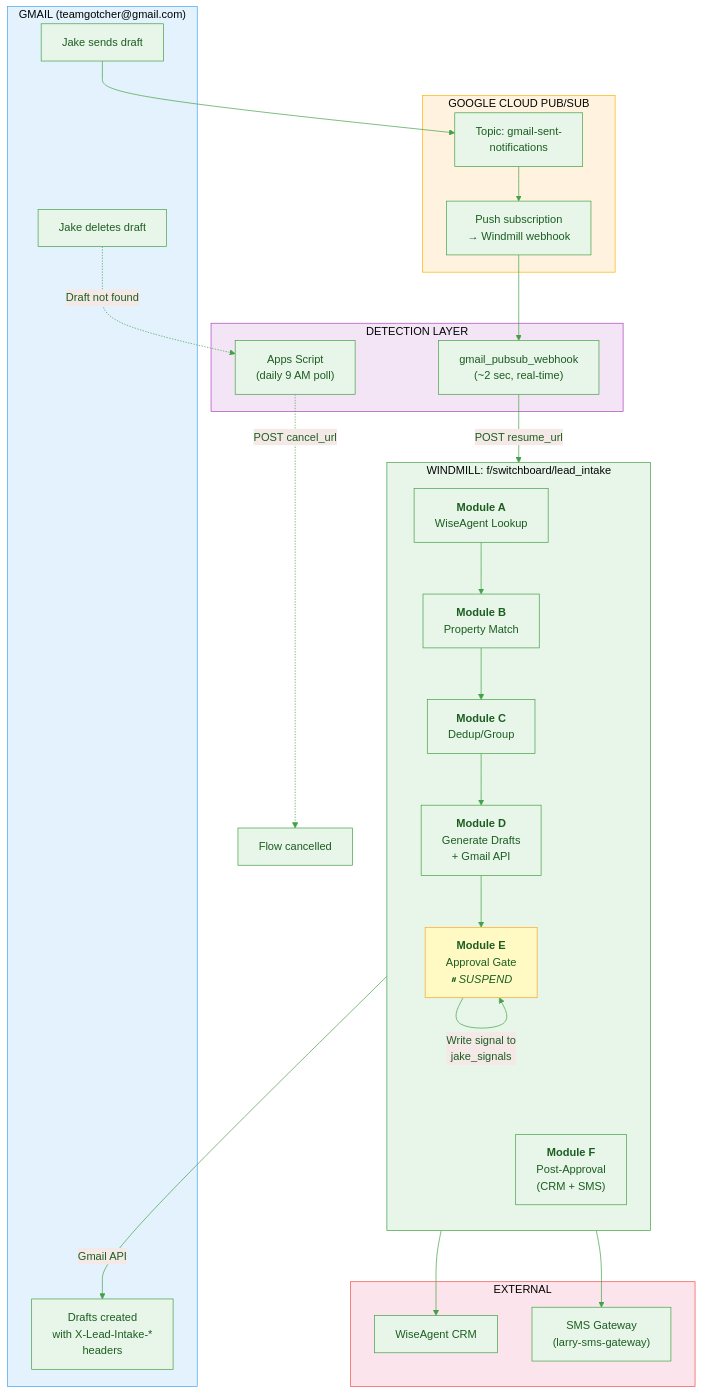
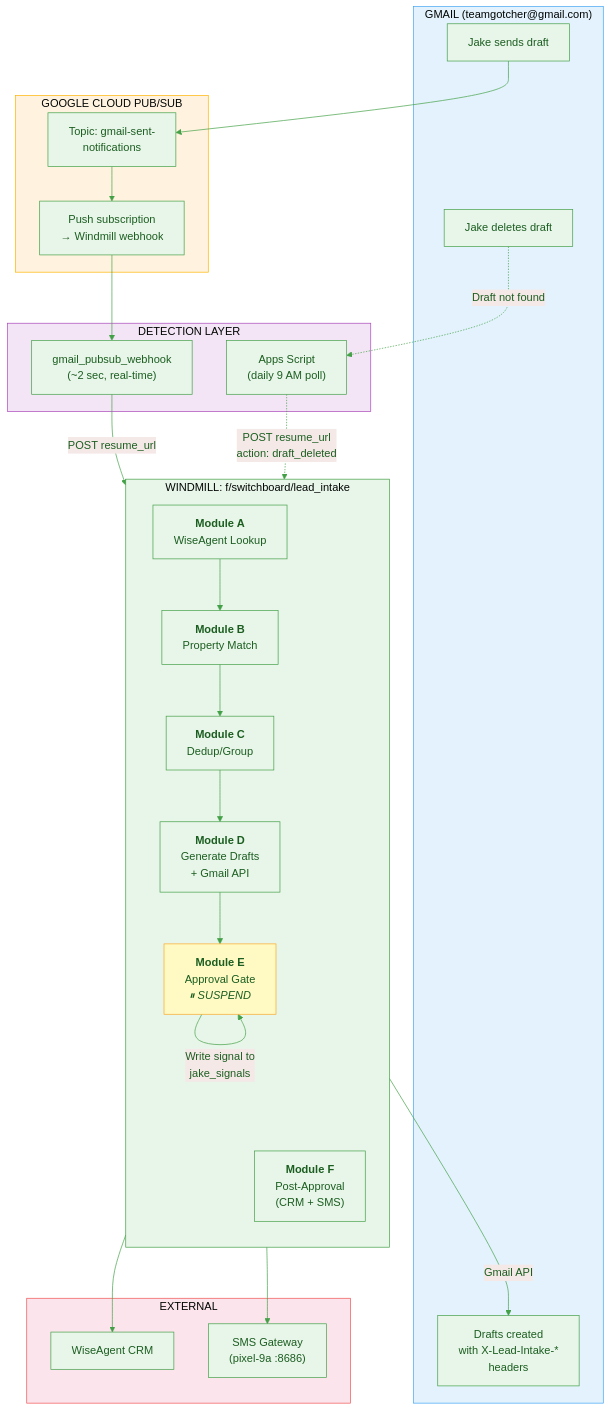
Before and after one commit to BeastofOne/rrg-server: the fourth of 4 diagrams in docs/ARCHITECTURE.md, drawn with Mermaid. The commit also changed other lines of this file and 4 other files, not shown here.

First line of the commit message:
Update docs for lead intake pipeline bug fixes and architecture changes

````diff
--- a/docs/ARCHITECTURE.md
+++ b/docs/ARCHITECTURE.md
@@ -240,56 +240,56 @@
 ```mermaid
 %%{init: {'theme': 'base', 'themeVariables': { 'primaryColor': '#e8f5e9', 'primaryTextColor': '#1b5e20', 'primaryBorderColor': '#43a047', 'lineColor': '#43a047'}}}%%
 
 graph TB
     subgraph WINDMILL_FLOW["WINDMILL: f/switchboard/lead_intake"]
         direction TB
         A["<b>Module A</b><br/>WiseAgent Lookup"]
         B["<b>Module B</b><br/>Property Match"]
         C["<b>Module C</b><br/>Dedup/Group"]
         D["<b>Module D</b><br/>Generate Drafts<br/>+ Gmail API"]
         E["<b>Module E</b><br/>Approval Gate<br/><i>⏸ SUSPEND</i>"]
         F["<b>Module F</b><br/>Post-Approval<br/>(CRM + SMS)"]
     end
 
     subgraph GMAIL["GMAIL (teamgotcher@gmail.com)"]
         DRAFTS["Drafts created<br/>with X-Lead-Intake-*<br/>headers"]
         SEND["Jake sends draft"]
         DELETE["Jake deletes draft"]
     end
 
     subgraph PUBSUB["GOOGLE CLOUD PUB/SUB"]
         TOPIC["Topic: gmail-sent-<br/>notifications"]
         PUSH["Push subscription<br/>→ Windmill webhook"]
     end
 
     subgraph DETECTION["DETECTION LAYER"]
         WEBHOOK["gmail_pubsub_webhook<br/>(~2 sec, real-time)"]
         APPSSCRIPT["Apps Script<br/>(daily 9 AM poll)"]
     end
 
     subgraph EXTERNAL["EXTERNAL"]
         WISEAGENT["WiseAgent CRM"]
-        SMS["SMS Gateway<br/>(larry-sms-gateway)"]
+        SMS["SMS Gateway<br/>(pixel-9a :8686)"]
     end
 
     A --> B --> C --> D
     D -->|"Gmail API"| DRAFTS
     D --> E
     E -->|"Write signal to<br/>jake_signals"| E
 
     SEND --> TOPIC --> PUSH --> WEBHOOK
     WEBHOOK -->|"POST resume_url"| F
 
     DELETE -.->|"Draft not found"| APPSSCRIPT
-    APPSSCRIPT -.->|"POST cancel_url"| CANCEL["Flow cancelled"]
+    APPSSCRIPT -.->|"POST resume_url<br/>action: draft_deleted"| F
 
     F --> WISEAGENT
     F --> SMS
 
     style WINDMILL_FLOW fill:#e8f5e9,stroke:#43a047
     style GMAIL fill:#e3f2fd,stroke:#42a5f5
     style PUBSUB fill:#fff3e0,stroke:#ffb300
     style DETECTION fill:#f3e5f5,stroke:#ab47bc
     style EXTERNAL fill:#fce4ec,stroke:#ef5350
     style E fill:#fff9c4,stroke:#f9a825
 ```
````
